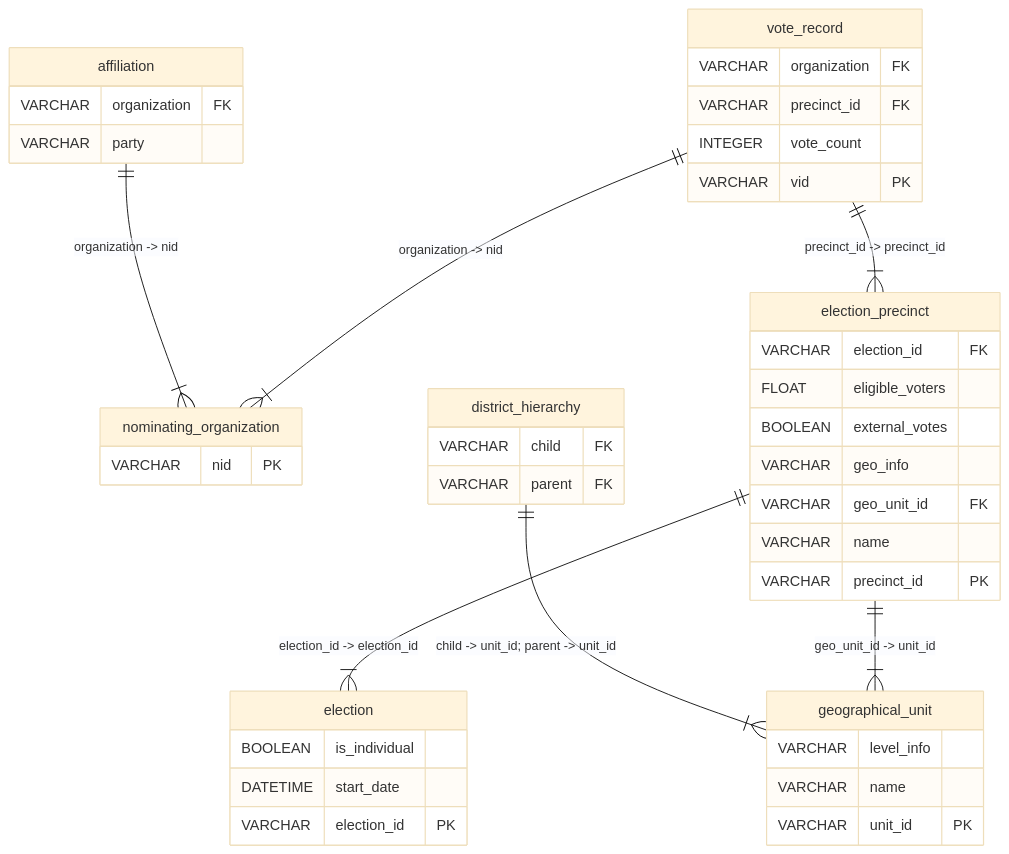
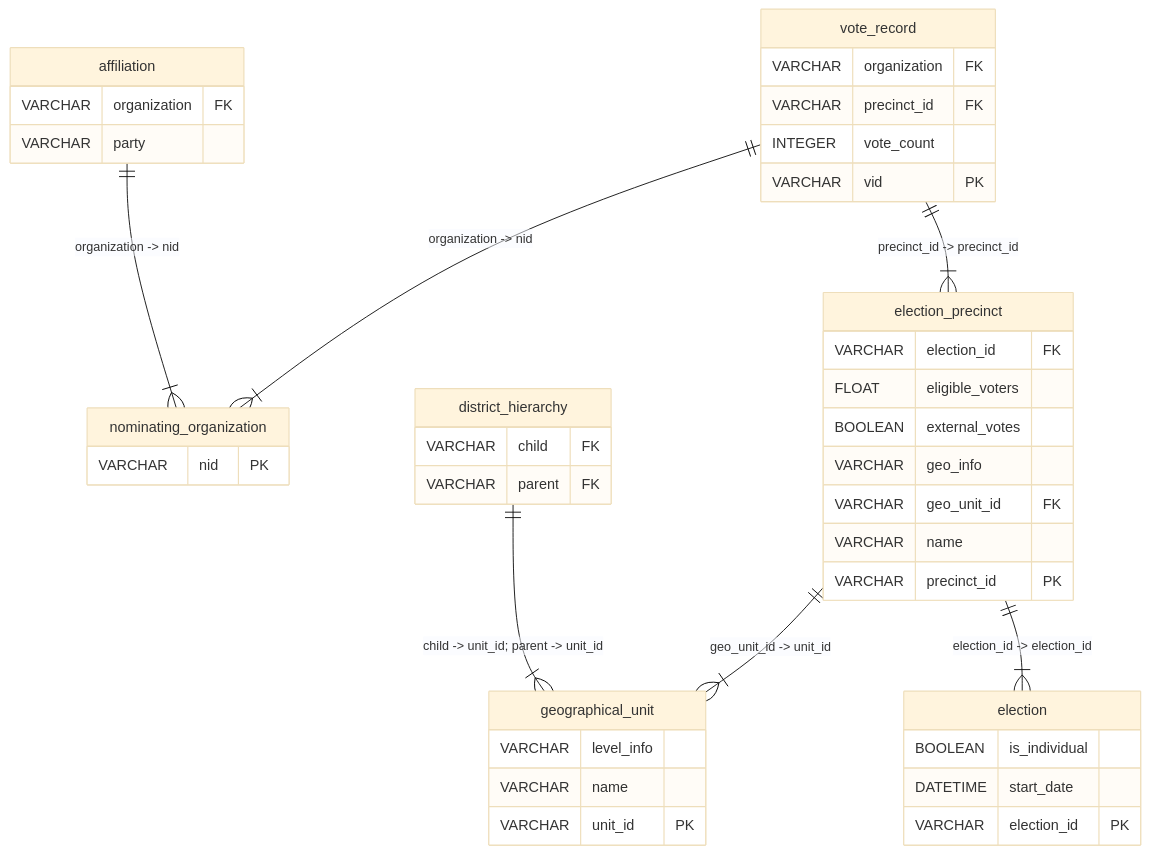
Before and after one commit to sscu-budapest/explorer: the diagram in _sources/dataset-pages/hungarian_elections.md, drawn with Mermaid (base theme). The commit also changed other lines of this file and 21 other files, not shown here.

````diff
--- a/_sources/dataset-pages/hungarian_elections.md
+++ b/_sources/dataset-pages/hungarian_elections.md
@@ -22,45 +22,45 @@
 ```{mermaid}
 erDiagram
   affiliation {    
     VARCHAR organization FK     
     VARCHAR party  
   }
   nominating_organization {    
     VARCHAR nid PK 
   }
   district_hierarchy {    
     VARCHAR child FK     
     VARCHAR parent FK 
   }
   geographical_unit {    
     VARCHAR level_info      
     VARCHAR name      
     VARCHAR unit_id PK 
   }
   election {    
     BOOLEAN is_individual      
     DATETIME start_date      
     VARCHAR election_id PK 
   }
   election_precinct {    
     VARCHAR election_id FK     
     FLOAT eligible_voters      
     BOOLEAN external_votes      
     VARCHAR geo_info      
     VARCHAR geo_unit_id FK     
     VARCHAR name      
     VARCHAR precinct_id PK 
   }
   vote_record {    
     VARCHAR organization FK     
     VARCHAR precinct_id FK     
     INTEGER vote_count      
     VARCHAR vid PK 
   }
   affiliation ||--|{ nominating_organization : "organization -> nid"
   district_hierarchy ||--|{ geographical_unit : "child -> unit_id; parent -> unit_id"
+  election_precinct ||--|{ geographical_unit : "geo_unit_id -> unit_id"
   election_precinct ||--|{ election : "election_id -> election_id"
-  election_precinct ||--|{ geographical_unit : "geo_unit_id -> unit_id"
   vote_record ||--|{ election_precinct : "precinct_id -> precinct_id"
   vote_record ||--|{ nominating_organization : "organization -> nid"
 ```
````
